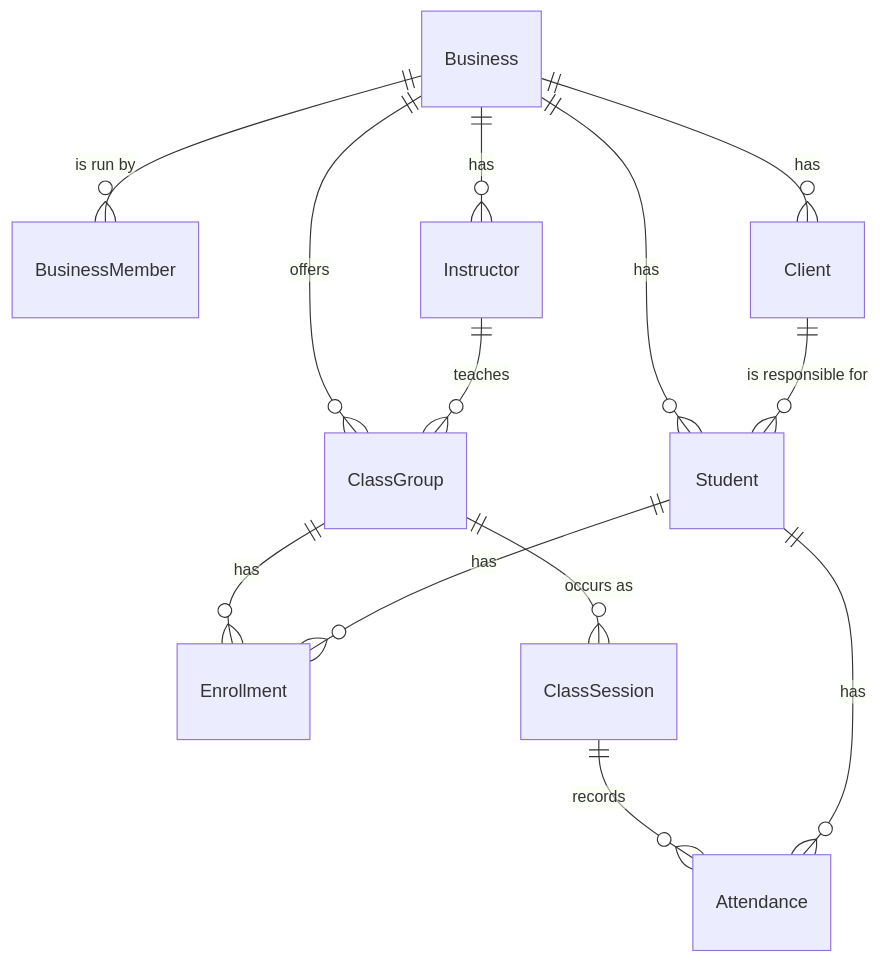
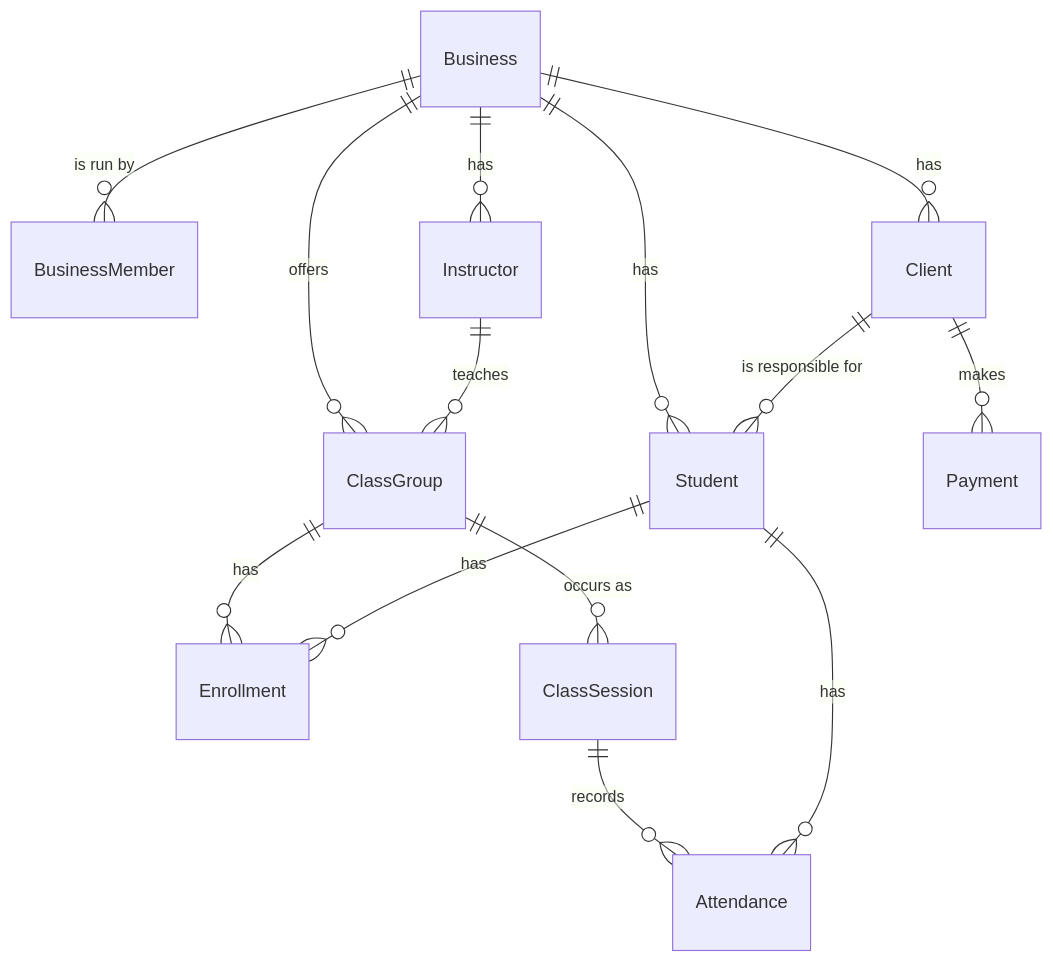
Before and after one commit to alejandrolazarte/class-manager: the diagram in docs/backend/domain-model.md, drawn with Mermaid. The commit also changed other lines of this file and 60 other files, not shown here.

````diff
--- a/docs/backend/domain-model.md
+++ b/docs/backend/domain-model.md
@@ -15,15 +15,16 @@
 ```mermaid
 erDiagram
     Business ||--o{ BusinessMember : "is run by"
     Business ||--o{ Client : has
     Business ||--o{ Student : has
     Client ||--o{ Student : "is responsible for"
     Business ||--o{ Instructor : has
     Business ||--o{ ClassGroup : offers
     Instructor ||--o{ ClassGroup : teaches
     ClassGroup ||--o{ Enrollment : has
     Student ||--o{ Enrollment : has
     ClassGroup ||--o{ ClassSession : "occurs as"
     ClassSession ||--o{ Attendance : records
     Student ||--o{ Attendance : has
+    Client ||--o{ Payment : makes
 ```
````
